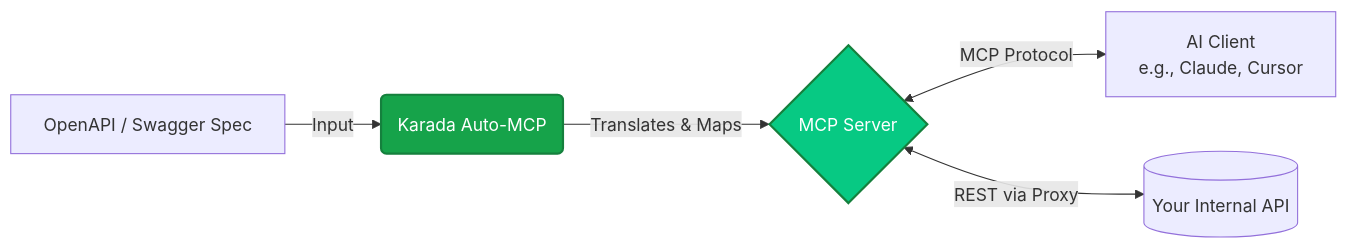
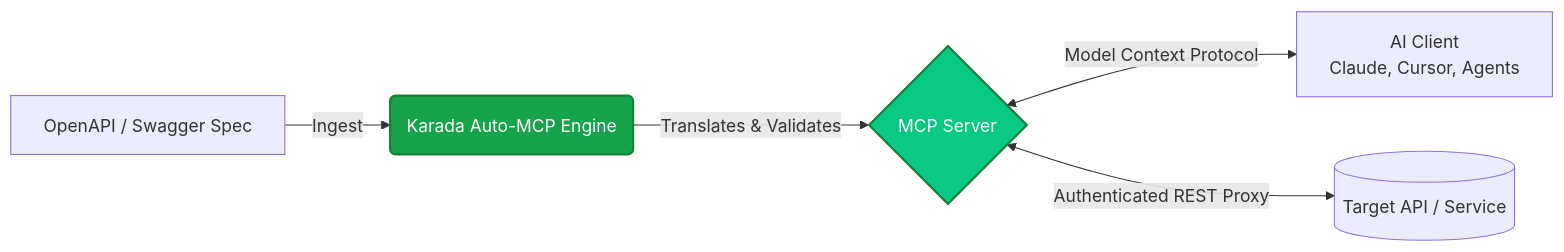
Before and after one commit to shashtag-ventures/karada-docs: the diagram in features/auto-mcp.mdx, drawn with Mermaid. The commit also changed other lines of this file and 20 other files, not shown here.

````diff
--- a/features/auto-mcp.mdx
+++ b/features/auto-mcp.mdx
@@ -18,10 +21,10 @@
 ```mermaid
 flowchart LR
-    A[OpenAPI / Swagger Spec] -->|Input| B(Karada Auto-MCP)
-    B -->|Translates & Maps| C{MCP Server}
-    C <-->|MCP Protocol| D[AI Client<br>e.g., Claude, Cursor]
-    C <-->|REST via Proxy| E[(Your Internal API)]
+    A[OpenAPI / Swagger Spec] -->|Ingest| B(Karada Auto-MCP Engine)
+    B -->|Translates & Validates| C{MCP Server}
+    C <-->|Model Context Protocol| D[AI Client<br>Claude, Cursor, Agents]
+    C <-->|Authenticated REST Proxy| E[(Target API / Service)]
     
     style B fill:#16A34A,stroke:#15803D,stroke-width:2px,color:#fff
     style C fill:#07C983,stroke:#15803D,stroke-width:2px,color:#fff
 ```
````
